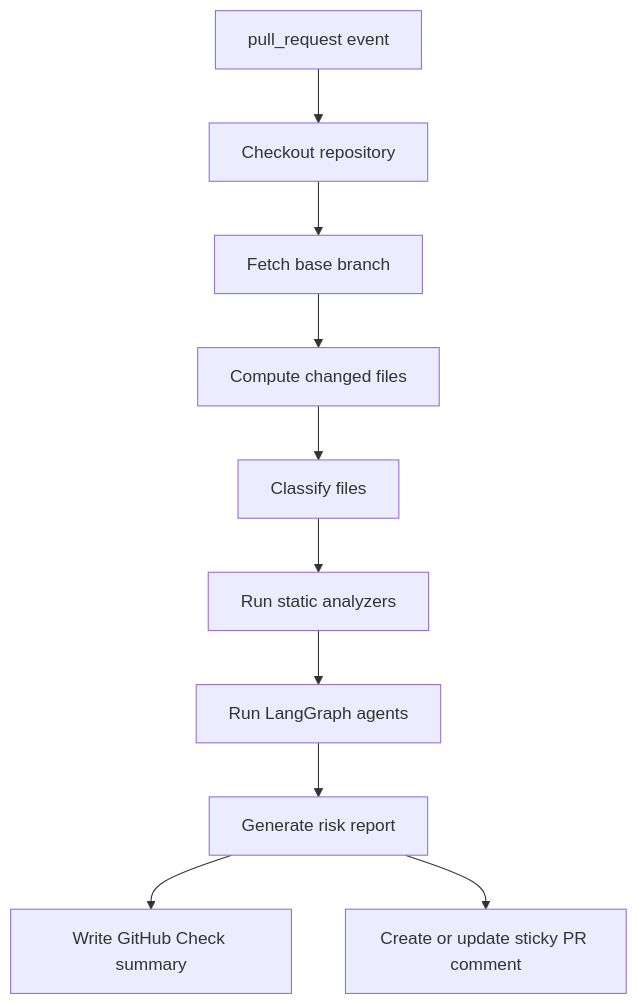
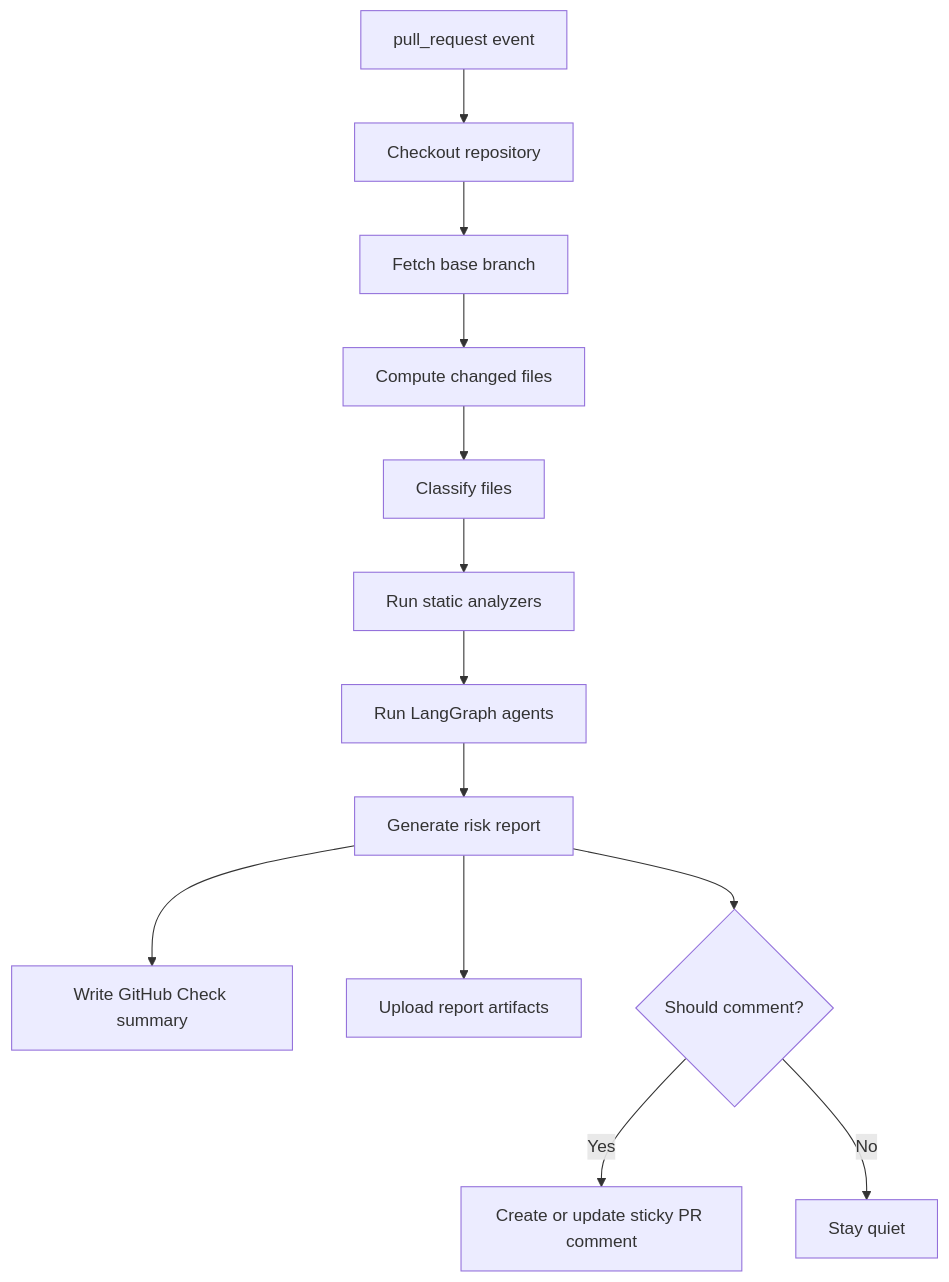
One commit to ayushkumar320/CodeGuardian changed the second of 6 diagrams in doc/Phase-Wise-Build-Plan.md. Above: the diagram before and after it, drawn with Mermaid. The commit also changed other lines of this file and 9 other files, not shown here.

Commit message:
docs: align build prompts with context graph

````diff
--- a/doc/Phase-Wise-Build-Plan.md
+++ b/doc/Phase-Wise-Build-Plan.md
@@ -216,12 +227,15 @@
 ```mermaid
 flowchart TD
   A["pull_request event"] --> B["Checkout repository"]
   B --> C["Fetch base branch"]
   C --> D["Compute changed files"]
   D --> E["Classify files"]
   E --> F["Run static analyzers"]
   F --> G["Run LangGraph agents"]
   G --> H["Generate risk report"]
   H --> I["Write GitHub Check summary"]
-  H --> J["Create or update sticky PR comment"]
+  H --> J["Upload report artifacts"]
+  H --> K{"Should comment?"}
+  K -->|Yes| L["Create or update sticky PR comment"]
+  K -->|No| M["Stay quiet"]
 ```
````
